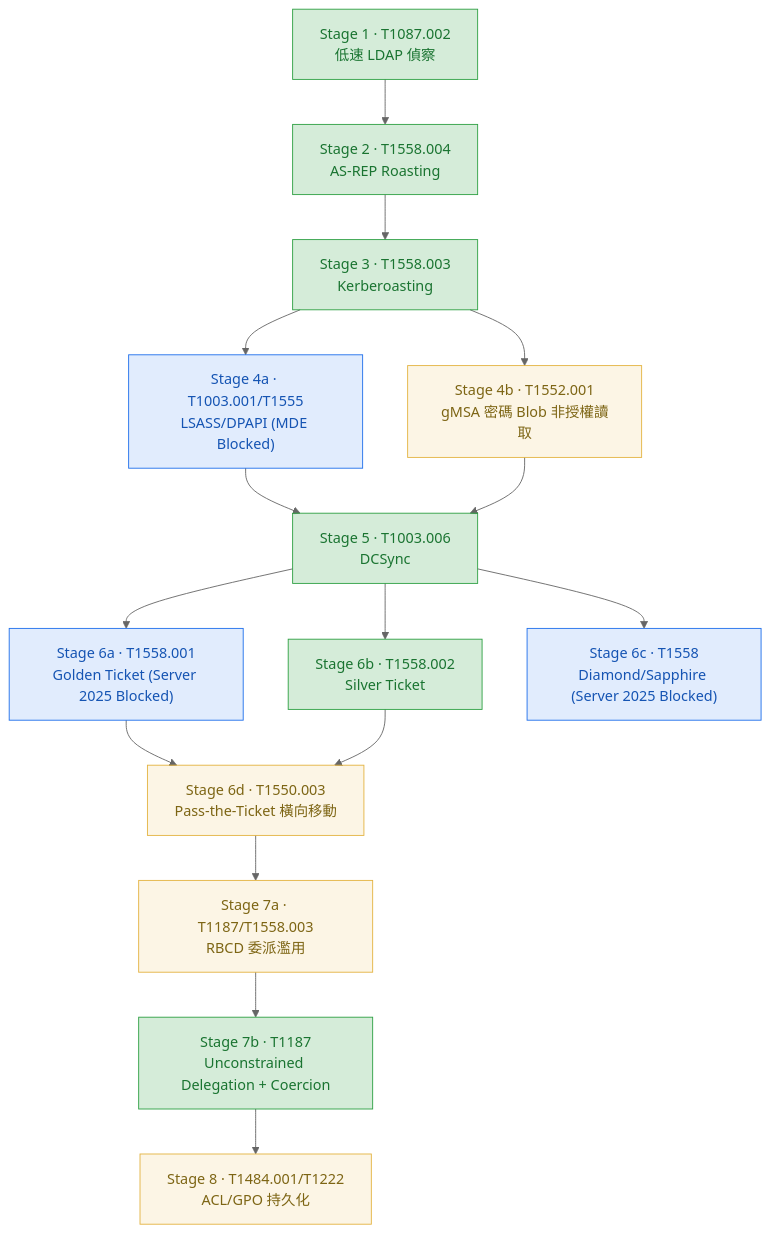
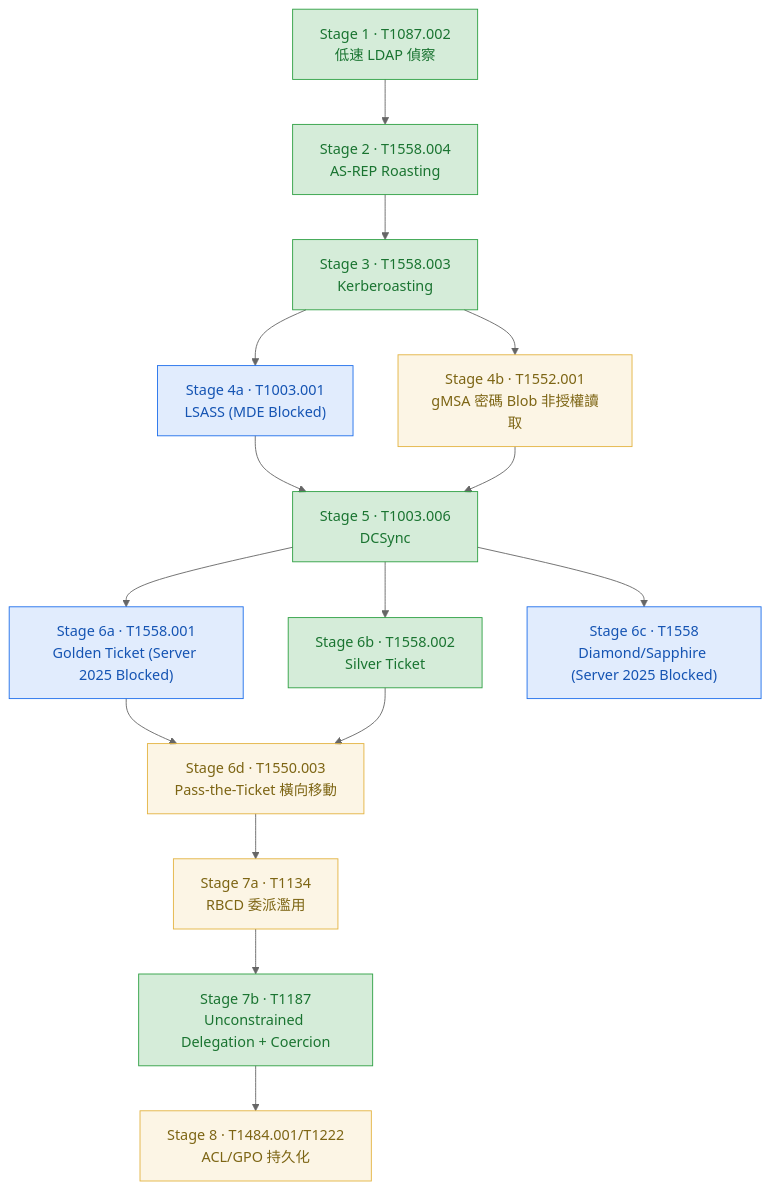
Before and after one commit to dabbychiu/Purple-Team-Detection-Lab: the diagram in attack-chains/chain-03-kerberos-lotl/flow.md, drawn with Mermaid (neutral theme). The commit also changed other lines of this file and 6 other files, not shown here.

````diff
--- a/attack-chains/chain-03-kerberos-lotl/flow.md
+++ b/attack-chains/chain-03-kerberos-lotl/flow.md
@@ -15,32 +15,32 @@
 ```mermaid
 flowchart TD
     S1["Stage 1 · T1087.002<br/>低速 LDAP 偵察"]:::verified
     S2["Stage 2 · T1558.004<br/>AS-REP Roasting"]:::verified
     S3["Stage 3 · T1558.003<br/>Kerberoasting"]:::verified
-    S4a["Stage 4a · T1003.001/T1555<br/>LSASS/DPAPI (MDE Blocked)"]:::blocked
+    S4a["Stage 4a · T1003.001<br/>LSASS (MDE Blocked)"]:::blocked
     S4b["Stage 4b · T1552.001<br/>gMSA 密碼 Blob 非授權讀取"]:::partial
     S5["Stage 5 · T1003.006<br/>DCSync"]:::verified
     S6a["Stage 6a · T1558.001<br/>Golden Ticket (Server 2025 Blocked)"]:::blocked
     S6b["Stage 6b · T1558.002<br/>Silver Ticket"]:::verified
     S6c["Stage 6c · T1558<br/>Diamond/Sapphire (Server 2025 Blocked)"]:::blocked
     S6d["Stage 6d · T1550.003<br/>Pass-the-Ticket 橫向移動"]:::partial
-    S7a["Stage 7a · T1187/T1558.003<br/>RBCD 委派濫用"]:::partial
+    S7a["Stage 7a · T1134<br/>RBCD 委派濫用"]:::partial
     S7b["Stage 7b · T1187<br/>Unconstrained Delegation + Coercion"]:::verified
     S8["Stage 8 · T1484.001/T1222<br/>ACL/GPO 持久化"]:::partial
 
     S1 --> S2 --> S3 --> S4a
     S3 --> S4b
     S4a --> S5
     S4b --> S5
     S5 --> S6a
     S5 --> S6b
     S5 --> S6c
     S6a --> S6d
     S6b --> S6d
     S6d --> S7a --> S7b --> S8
 
     classDef verified fill:#2ea04333,stroke:#2ea043,color:#1a7431
     classDef partial fill:#e3b34122,stroke:#e3b341,color:#7d6514
     classDef conceptual fill:#8b8b8b22,stroke:#8b8b8b,stroke-dasharray:4 3,color:#5a5a5a
     classDef blocked fill:#1f6feb22,stroke:#1f6feb,color:#1554b3
 ```
````
